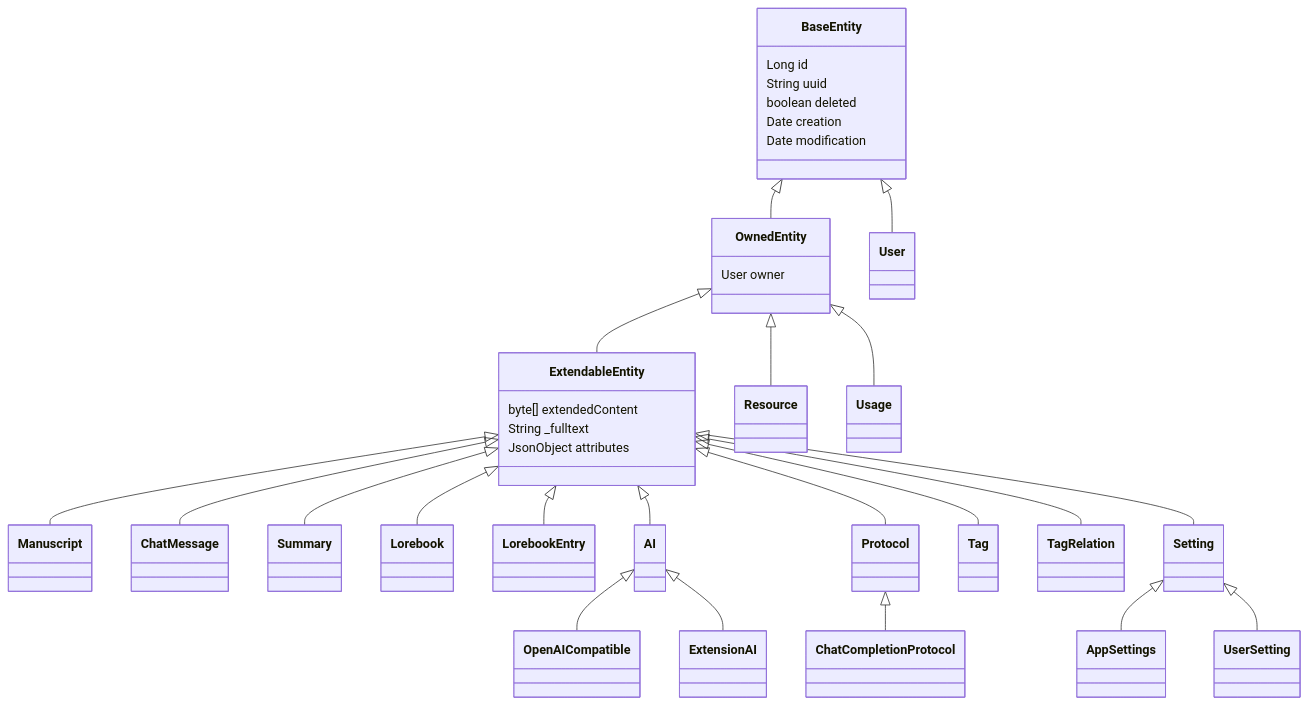
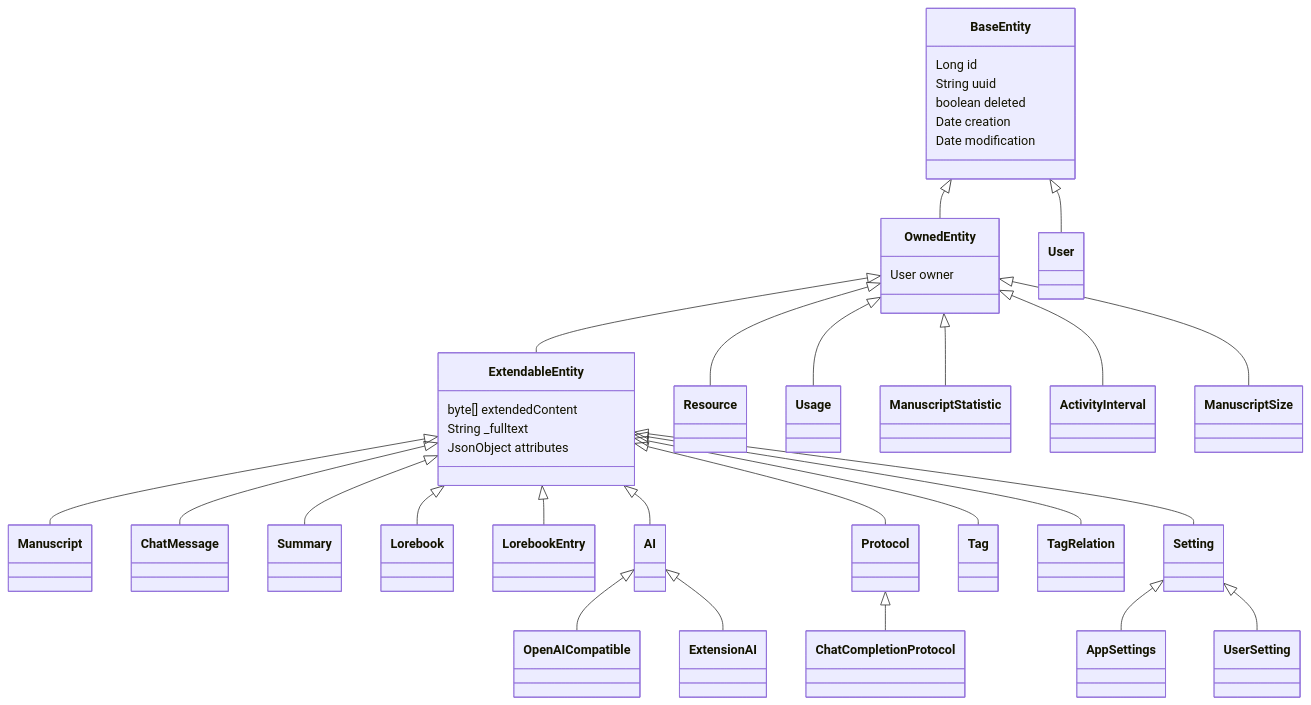
Before and after one commit to Enerccio/Marginalia: the second of 3 diagrams in manual/developer/domain-model.md, drawn with Mermaid. The commit also changed other lines of this file and 36 other files, not shown here.

Commit message:
Add CRUD tests and services for ActivityInterval, ManuscriptStatistic, and ManuscriptSize models; integrate models into persistence configuration

````diff
--- a/manual/developer/domain-model.md
+++ b/manual/developer/domain-model.md
@@ -85,38 +86,41 @@
 ```mermaid
 classDiagram
     class BaseEntity {
         Long id
         String uuid
         boolean deleted
         Date creation
         Date modification
     }
     class OwnedEntity {
         User owner
     }
     class ExtendableEntity {
         byte[] extendedContent
         String _fulltext
         JsonObject attributes
     }
     BaseEntity <|-- User
     BaseEntity <|-- OwnedEntity
     OwnedEntity <|-- Resource
     OwnedEntity <|-- ExtendableEntity
     ExtendableEntity <|-- Manuscript
     ExtendableEntity <|-- ChatMessage
     ExtendableEntity <|-- Summary
     ExtendableEntity <|-- Lorebook
     ExtendableEntity <|-- LorebookEntry
     OwnedEntity <|-- Usage
+    OwnedEntity <|-- ManuscriptStatistic
+    OwnedEntity <|-- ActivityInterval
+    OwnedEntity <|-- ManuscriptSize
     ExtendableEntity <|-- AI
     ExtendableEntity <|-- Protocol
     ExtendableEntity <|-- Tag
     ExtendableEntity <|-- TagRelation
     ExtendableEntity <|-- Setting
     AI <|-- OpenAICompatible
     AI <|-- ExtensionAI
     Protocol <|-- ChatCompletionProtocol
     Setting <|-- AppSettings
     Setting <|-- UserSetting
 ```
````
